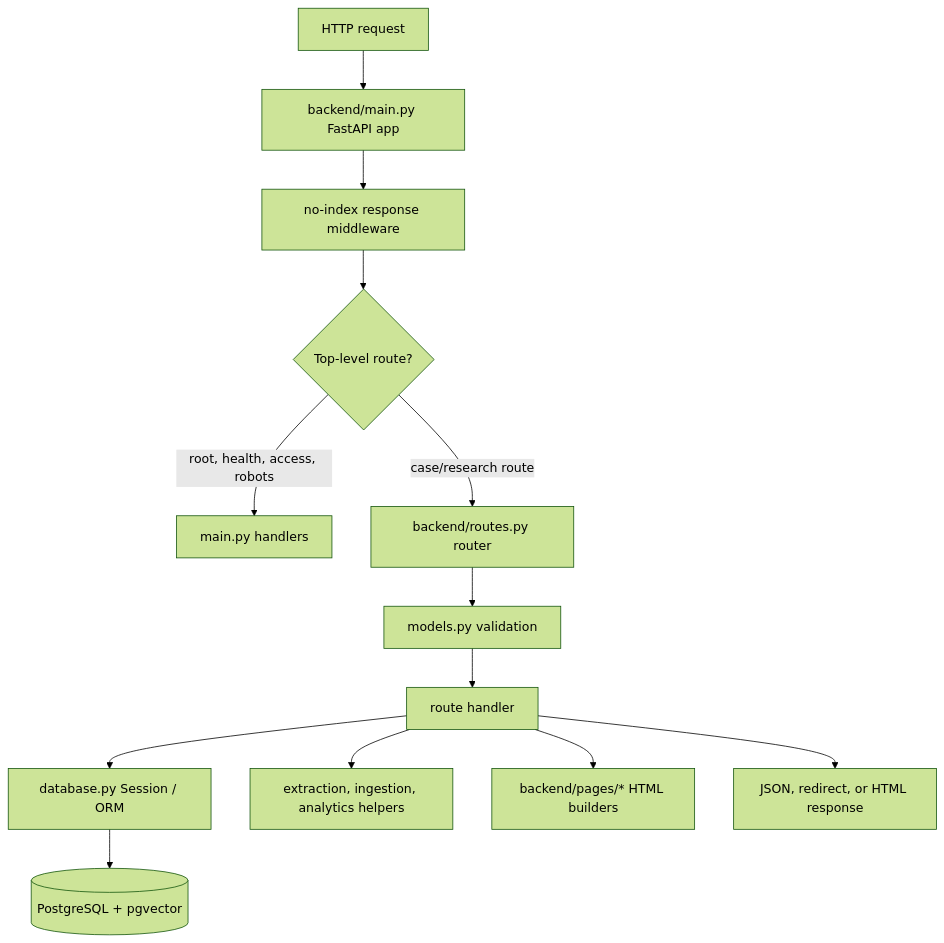
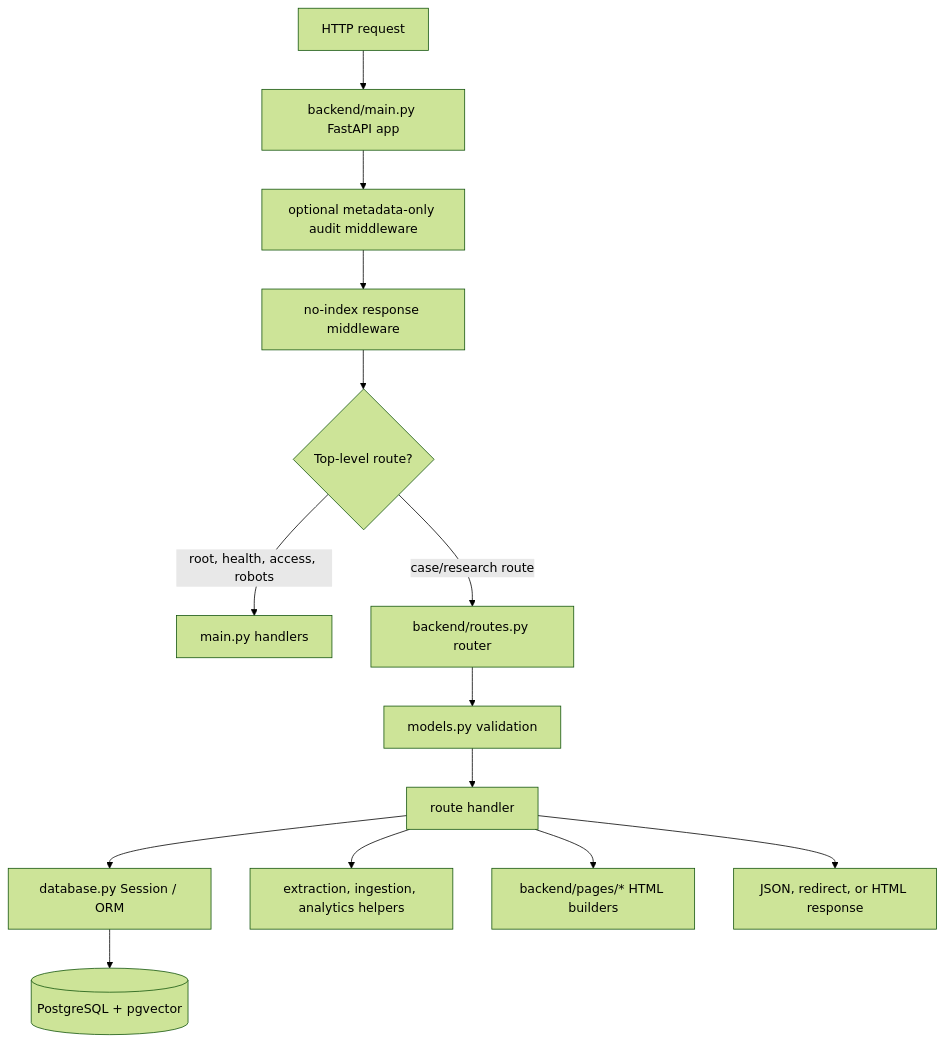
One commit to greystone-dan/LitIntelproject changed the diagram in .swm/1.oi7rhqp2.sw.md. Above: the diagram before and after it, drawn with Mermaid (forest theme). The commit also changed other lines of this file and 9 other files, not shown here.

````diff
--- a/.swm/1.oi7rhqp2.sw.md
+++ b/.swm/1.oi7rhqp2.sw.md
@@ -32,15 +47,16 @@
 ```mermaid
 flowchart TD
 	 Request[HTTP request] --> App[backend/main.py FastAPI app]
-	 App --> Middleware[no-index response middleware]
+	 App --> Audit[optional metadata-only audit middleware]
+	 Audit --> Middleware[no-index response middleware]
 	 Middleware --> TopLevel{Top-level route?}
 	 TopLevel -->|root, health, access, robots| MainRoutes[main.py handlers]
 	 TopLevel -->|case/research route| Router[backend/routes.py router]
 	 Router --> Validate[models.py validation]
 	 Validate --> Handler[route handler]
 	 Handler --> Database[database.py Session / ORM]
 	 Handler --> Helpers[extraction, ingestion, analytics helpers]
 	 Handler --> PageModules[backend/pages/* HTML builders]
 	 Database --> PostgreSQL[(PostgreSQL + pgvector)]
 	 Handler --> Response[JSON, redirect, or HTML response]
 ```
````
